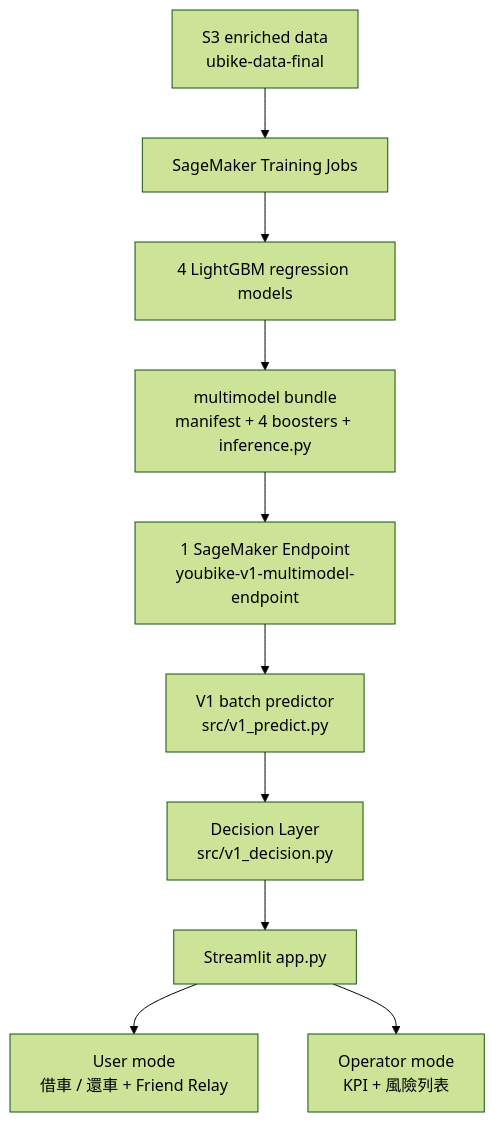
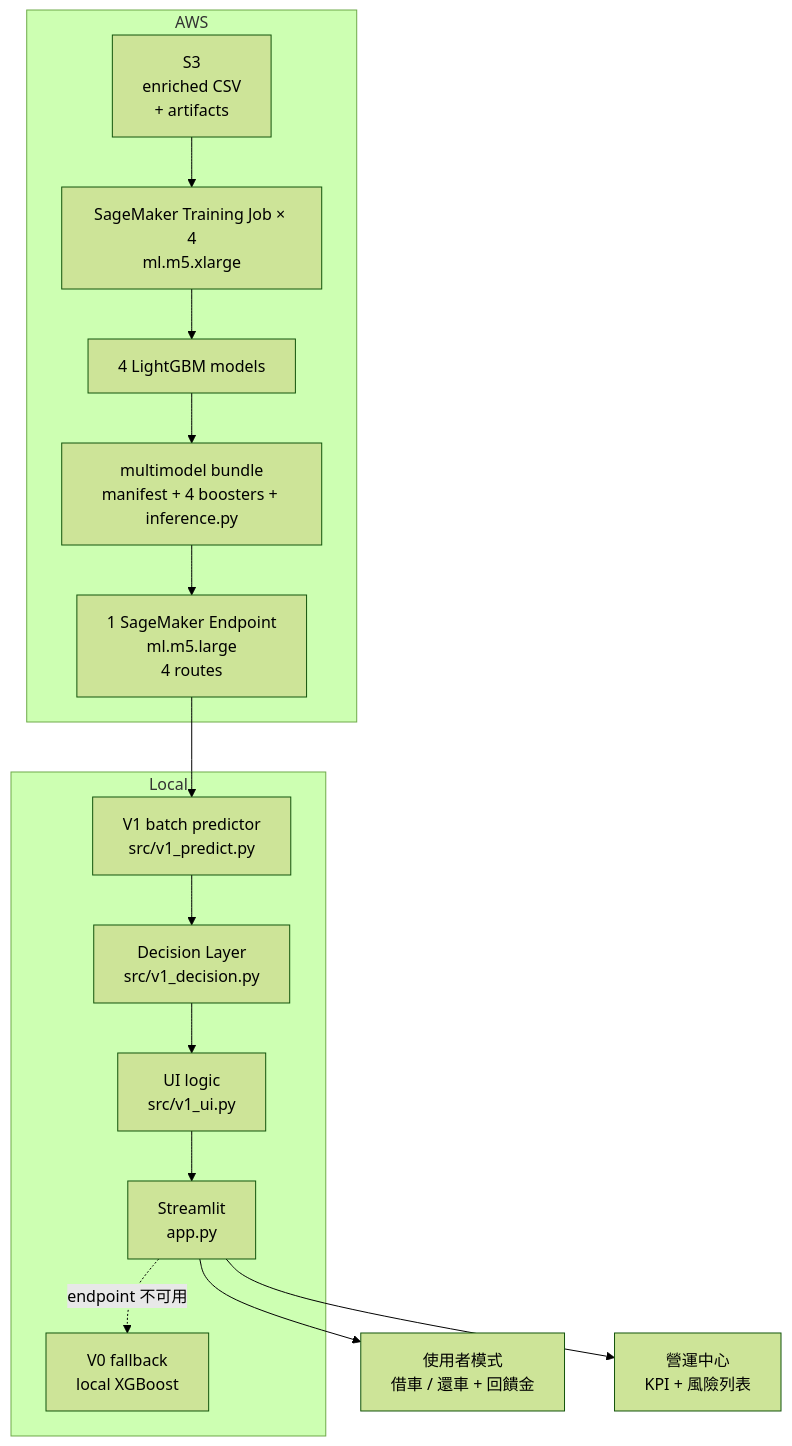
Before and after one commit to m88020362/youbike-smart-dispatch: the diagram in README.md, drawn with Mermaid (forest theme). The commit also changed other lines of this file and 1 other file, not shown here.

````diff
--- a/README.md
+++ b/README.md
@@ -62,12 +167,22 @@
 ```mermaid
 flowchart TD
-    A["S3 enriched data<br/>ubike-data-final"] --> B["SageMaker Training Jobs"]
-    B --> C["4 LightGBM regression models"]
-    C --> D["multimodel bundle<br/>manifest + 4 boosters + inference.py"]
-    D --> E["1 SageMaker Endpoint<br/>youbike-v1-multimodel-endpoint"]
-    E --> F["V1 batch predictor<br/>src/v1_predict.py"]
-    F --> G["Decision Layer<br/>src/v1_decision.py"]
-    G --> H["Streamlit app.py"]
-    H --> I["User mode<br/>借車 / 還車 + Friend Relay"]
-    H --> J["Operator mode<br/>KPI + 風險列表"]
+    subgraph AWS
+        S3["S3<br/>enriched CSV<br/>+ artifacts"]
+        T["SageMaker Training Job × 4<br/>ml.m5.xlarge"]
+        M["4 LightGBM models"]
+        B["multimodel bundle<br/>manifest + 4 boosters + inference.py"]
+        EP["1 SageMaker Endpoint<br/>ml.m5.large<br/>4 routes"]
+    end
+    subgraph Local
+        P["V1 batch predictor<br/>src/v1_predict.py"]
+        D["Decision Layer<br/>src/v1_decision.py"]
+        U["UI logic<br/>src/v1_ui.py"]
+        A["Streamlit<br/>app.py"]
+        V0["V0 fallback<br/>local XGBoost"]
+    end
+    S3 --> T --> M --> B --> EP
+    EP --> P --> D --> U --> A
+    A -.->|endpoint 不可用| V0
+    A --> UM["使用者模式<br/>借車 / 還車 + 回饋金"]
+    A --> OM["營運中心<br/>KPI + 風險列表"]
 ```
````
